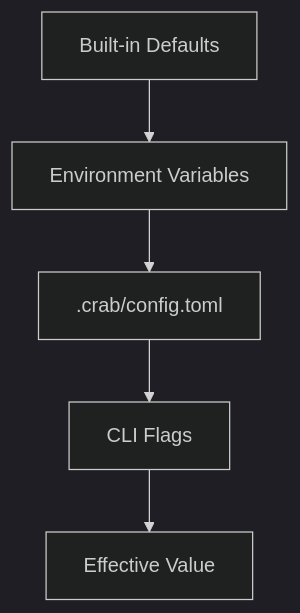
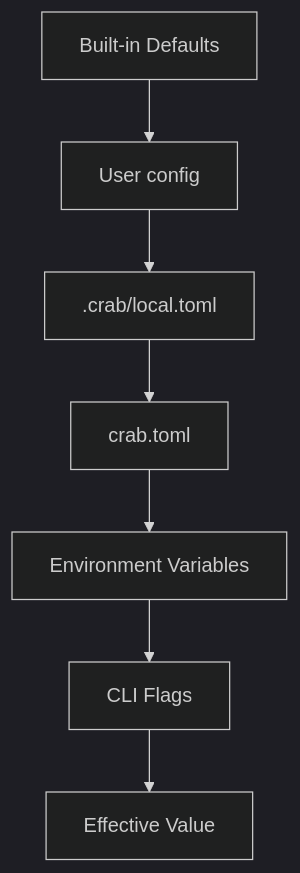
The diagram in packages/web/content/docs/cli/authentication/configuration.mdx (crabbuild/crab), drawn with Mermaid (dark theme) before and after one commit. The commit also changed other lines of this file and 159 other files, not shown here.

````diff
--- a/packages/web/content/docs/cli/authentication/configuration.mdx
+++ b/packages/web/content/docs/cli/authentication/configuration.mdx
@@ -14,7 +16,9 @@
 ```mermaid
 flowchart TD
-    Default[Built-in Defaults] --> Env[Environment Variables]
-    Env --> Local[".crab/config.toml"]
-    Local --> CLI[CLI Flags]
+    Default[Built-in Defaults] --> User["User config"]
+    User --> Local[".crab/local.toml"]
+    Local --> Project["crab.toml"]
+    Project --> Env[Environment Variables]
+    Env --> CLI[CLI Flags]
     CLI --> Effective[Effective Value]
 ```
````
